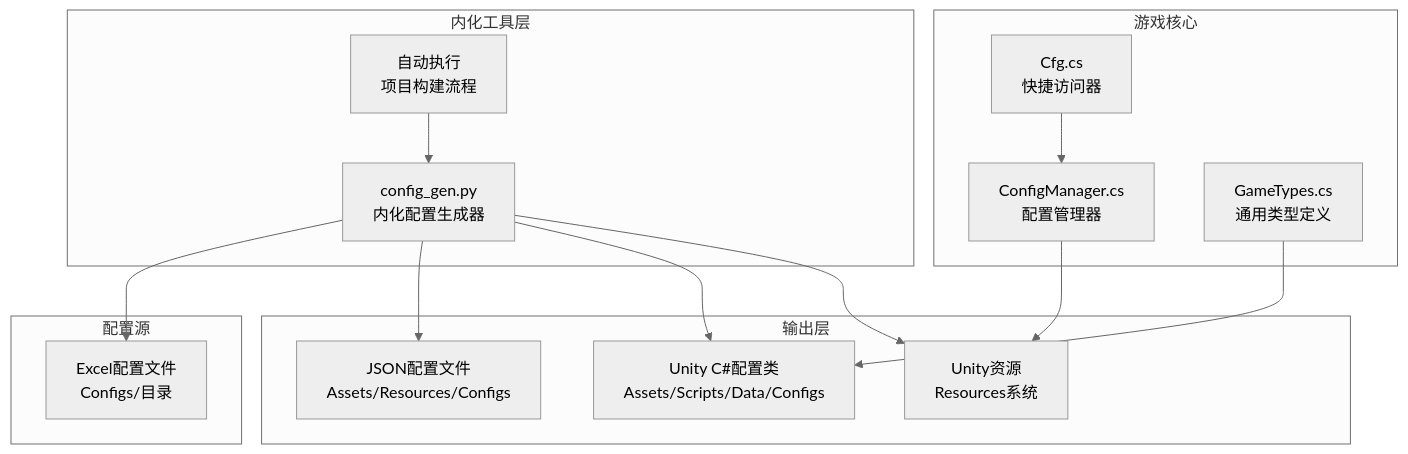
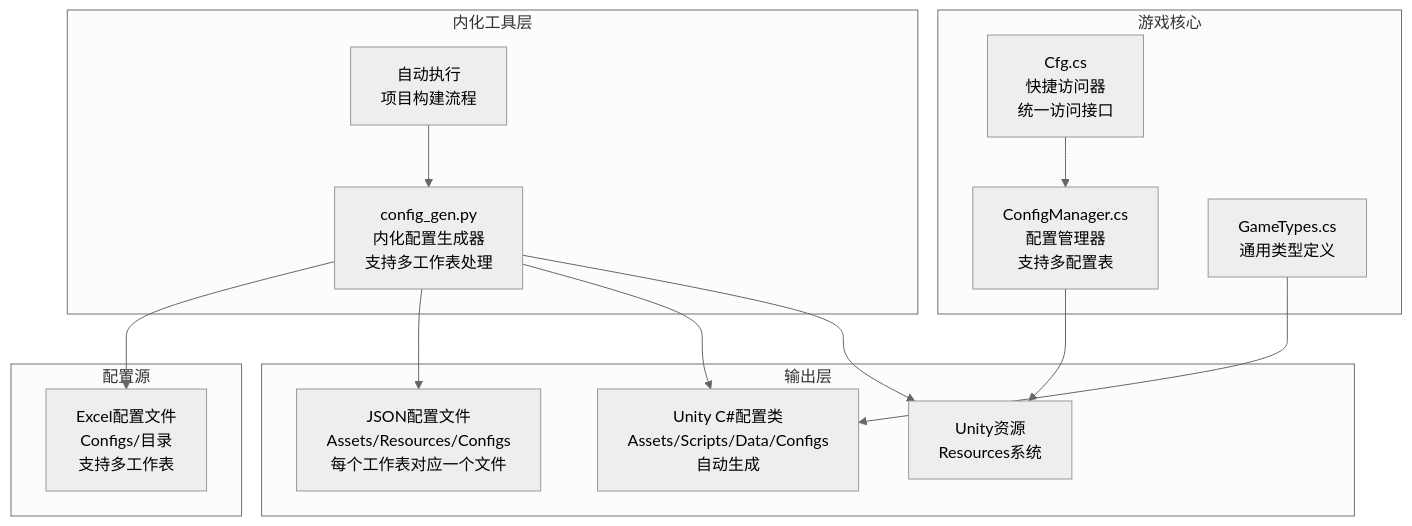
One commit to Tuusen/p1_client changed the first of 11 diagrams in .qoder/repowiki/zh/content/核心架构/数据生成工具.md. Above: the diagram before and after it, drawn with Mermaid (neutral theme). The commit also changed other lines of this file and 40 other files, not shown here.

````diff
--- a/.qoder/repowiki/zh/content/核心架构/数据生成工具.md
+++ b/.qoder/repowiki/zh/content/核心架构/数据生成工具.md
@@ -44,28 +45,28 @@
 ```mermaid
 graph TB
 subgraph "内化工具层"
-CG[config_gen.py<br/>内化配置生成器]
+CG[config_gen.py<br/>内化配置生成器<br/>支持多工作表处理]
 END[自动执行<br/>项目构建流程]
 end
 subgraph "配置源"
-XLSX[Excel配置文件<br/>Configs/目录]
+XLSX[Excel配置文件<br/>Configs/目录<br/>支持多工作表]
 end
 subgraph "输出层"
-JSON[JSON配置文件<br/>Assets/Resources/Configs]
-CS[Unity C#配置类<br/>Assets/Scripts/Data/Configs]
+JSON[JSON配置文件<br/>Assets/Resources/Configs<br/>每个工作表对应一个文件]
+CS[Unity C#配置类<br/>Assets/Scripts/Data/Configs<br/>自动生成]
 RES[Unity资源<br/>Resources系统]
 end
 subgraph "游戏核心"
-CM[ConfigManager.cs<br/>配置管理器]
-CFG[Cfg.cs<br/>快捷访问器]
+CM[ConfigManager.cs<br/>配置管理器<br/>支持多配置表]
+CFG[Cfg.cs<br/>快捷访问器<br/>统一访问接口]
 GT[GameTypes.cs<br/>通用类型定义]
 end
 CG --> XLSX
 CG --> JSON
 CG --> CS
 CG --> RES
 END --> CG
 CM --> RES
 CFG --> CM
 GT --> CS
 ```
````
